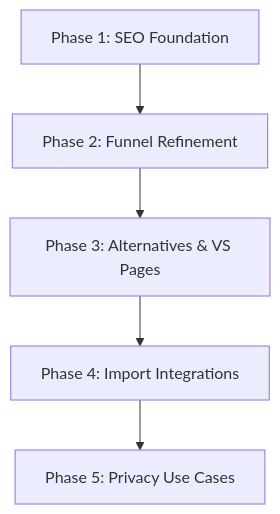
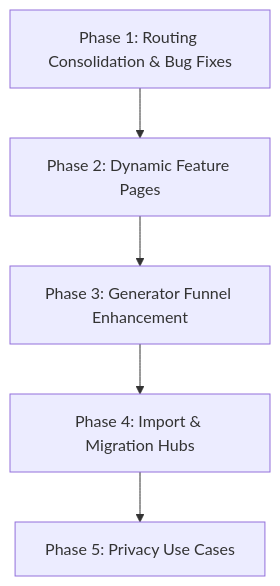
The diagram in docs/seo/seo-implementation-plan.md (eserlan/Codex-Cryptica), drawn with Mermaid before and after one commit. The commit also changed other lines of this file, not shown here.

Commit message:
:memo: docs: update SEO implementation plan with audit findings

````diff
--- a/docs/seo/seo-implementation-plan.md
+++ b/docs/seo/seo-implementation-plan.md
@@ -30,7 +36,7 @@
 ```mermaid
 graph TD
-    P1[Phase 1: SEO Foundation] --> P2[Phase 2: Funnel Refinement]
-    P2 --> P3[Phase 3: Alternatives & VS Pages]
-    P3 --> P4[Phase 4: Import Integrations]
+    P1[Phase 1: Routing Consolidation & Bug Fixes] --> P2[Phase 2: Dynamic Feature Pages]
+    P2 --> P3[Phase 3: Generator Funnel Enhancement]
+    P3 --> P4[Phase 4: Import & Migration Hubs]
     P4 --> P5[Phase 5: Privacy Use Cases]
 ```
````
